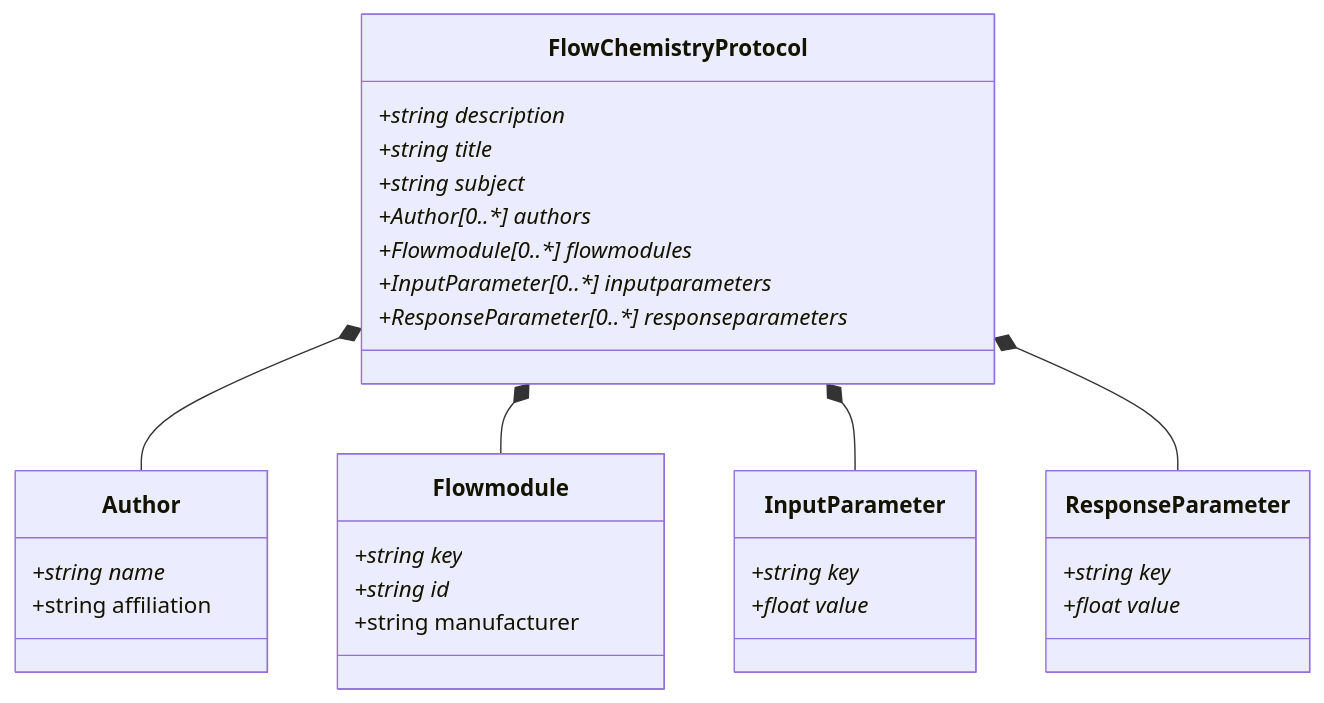
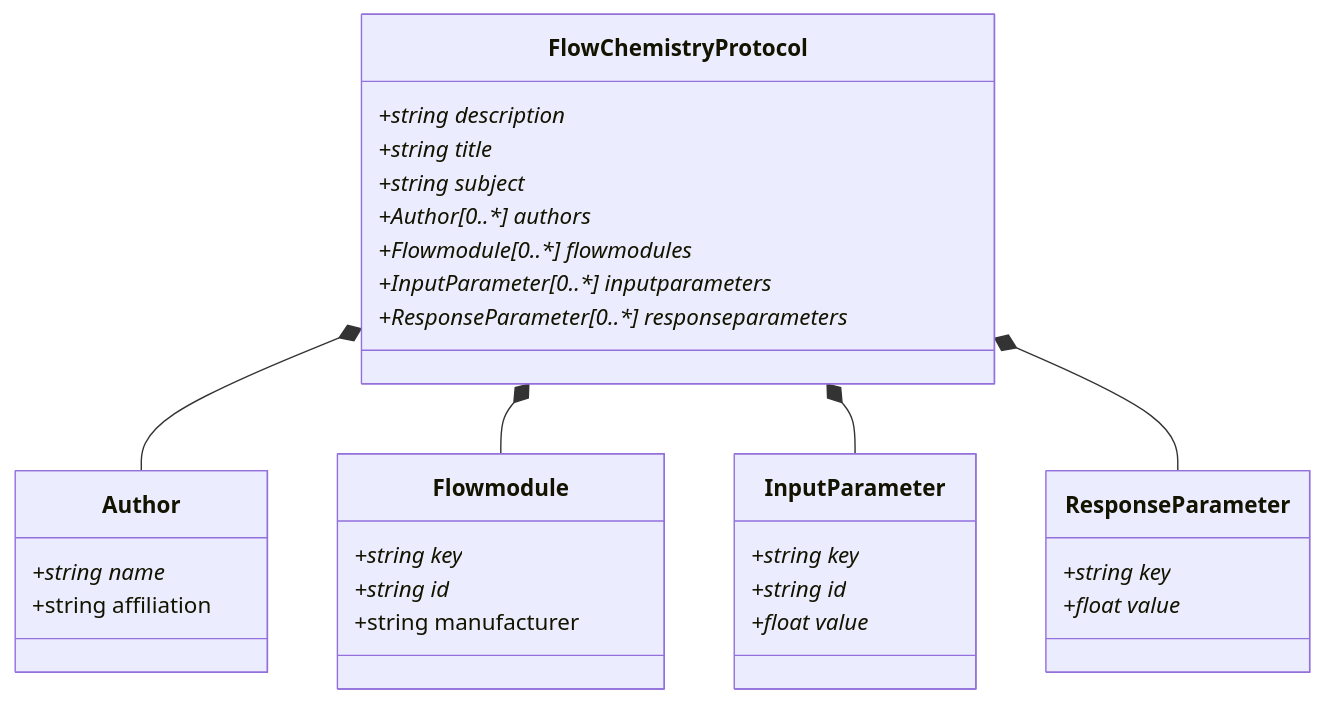
Before and after one commit to C-Kessler/sdrdm-flowchem-B2: the diagram in pyDataset/schemes/Dataset.md, drawn with Mermaid. The commit also changed 3 other files, not shown here.

````diff
--- a/pyDataset/schemes/Dataset.md
+++ b/pyDataset/schemes/Dataset.md
@@ -1,39 +1,40 @@
 ```mermaid
 classDiagram
     FlowChemistryProtocol *-- Author
     FlowChemistryProtocol *-- Flowmodule
     FlowChemistryProtocol *-- InputParameter
     FlowChemistryProtocol *-- ResponseParameter
     
     class FlowChemistryProtocol {
         +string description*
         +string title*
         +string subject*
         +Author[0..*] authors*
         +Flowmodule[0..*] flowmodules*
         +InputParameter[0..*] inputparameters*
         +ResponseParameter[0..*] responseparameters*
     }
     
     class Author {
         +string name*
         +string affiliation
     }
     
     class Flowmodule {
         +string key*
         +string id*
         +string manufacturer
     }
     
     class InputParameter {
         +string key*
+        +string id*
         +float value*
     }
     
     class ResponseParameter {
         +string key*
         +float value*
     }
     
 ```
````
